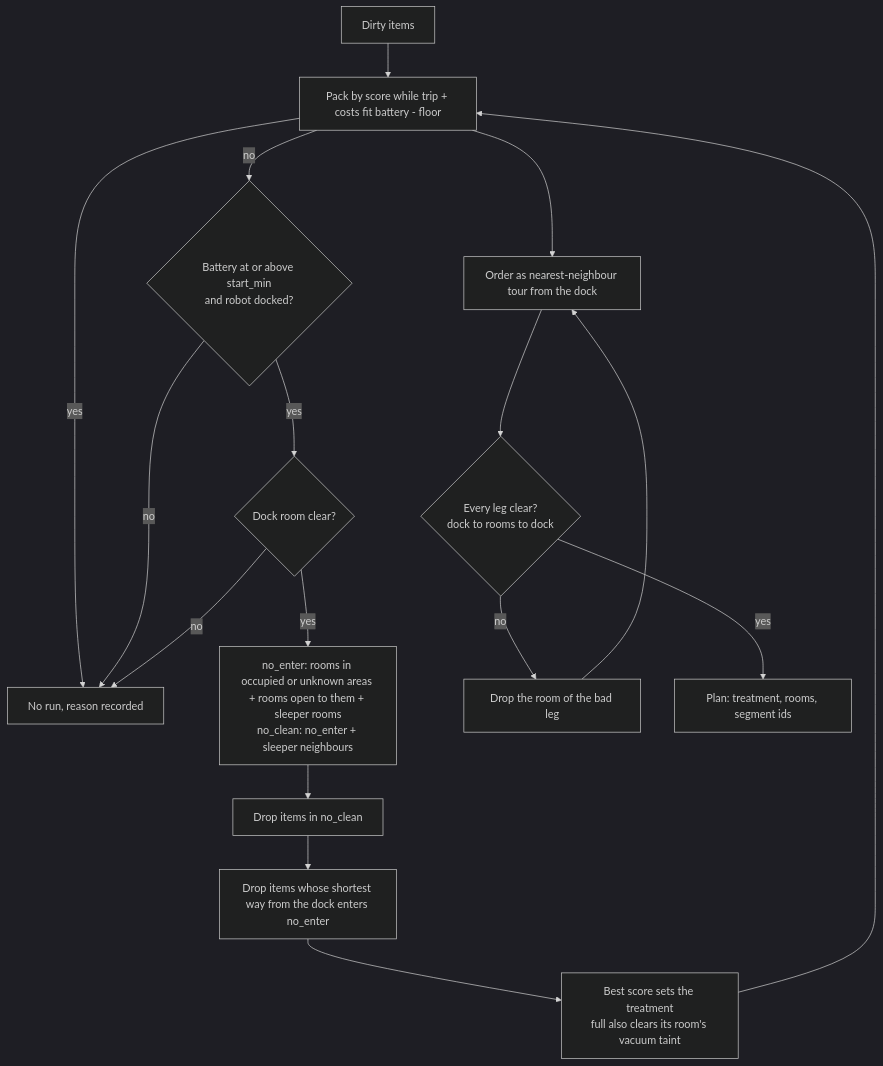
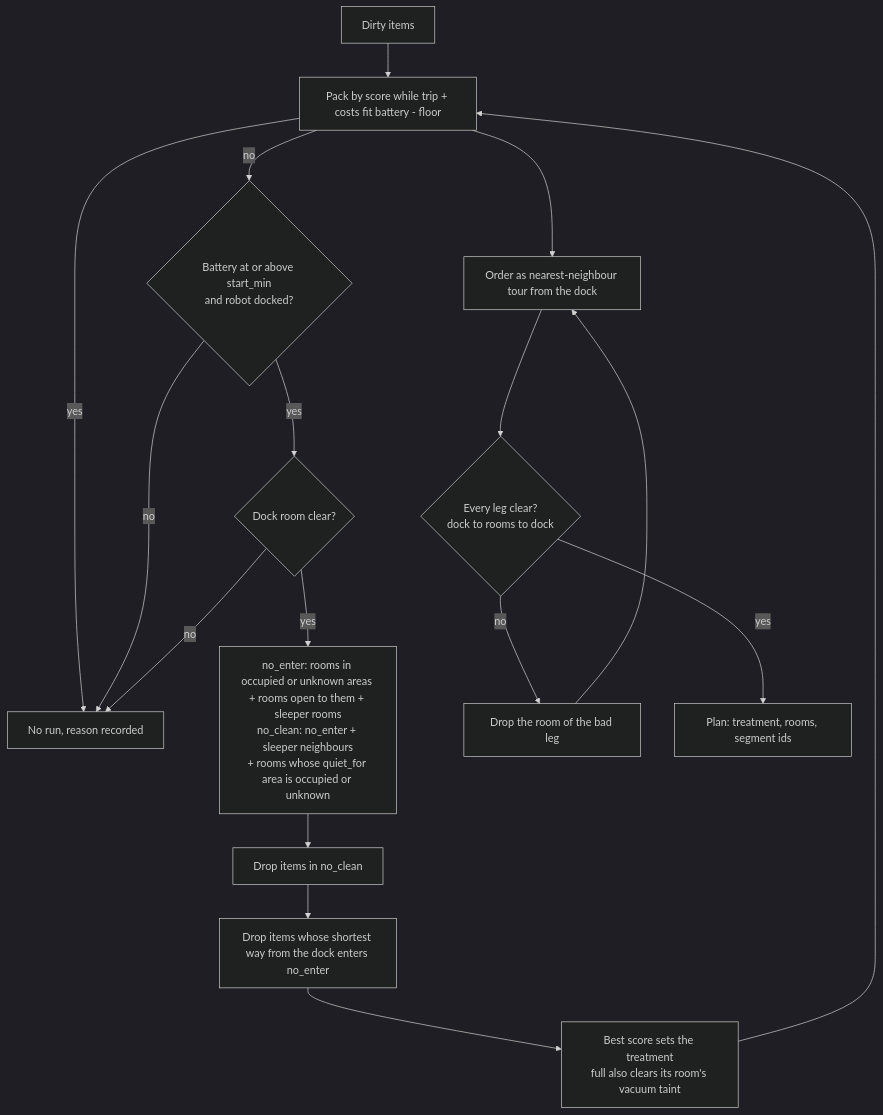
One commit to NickBorgers/home-automation changed the second of 8 diagrams in docs/flows/VACUUM.md. Above: the diagram before and after it, drawn with Mermaid (dark theme). The commit also changed other lines of this file and 10 other files, not shown here.

First line of the commit message:
Skip vacuum rooms within earshot of an occupied area (#1448)

````diff
--- a/docs/flows/VACUUM.md
+++ b/docs/flows/VACUUM.md
@@ -99,19 +105,19 @@
 ```mermaid
 flowchart TD
     A[Dirty items] --> H{A hold_while<br/>condition holds?}
     H -- yes --> X
     H -- no --> B{Battery at or above start_min<br/>and robot docked?}
     B -- no --> X[No run, reason recorded]
     B -- yes --> C{Dock room clear?}
     C -- no --> X
-    C -- yes --> D[no_enter: rooms in occupied or unknown areas + rooms open to them + sleeper rooms<br/>no_clean: no_enter + sleeper neighbours]
+    C -- yes --> D[no_enter: rooms in occupied or unknown areas + rooms open to them + sleeper rooms<br/>no_clean: no_enter + sleeper neighbours<br/>+ rooms whose quiet_for area is occupied or unknown]
     D --> E[Drop items in no_clean]
     E --> F[Drop items whose shortest way from the dock enters no_enter]
     F --> G[Best score sets the treatment<br/>full also clears its room's vacuum taint]
     G --> H[Pack by score while trip + costs fit battery - floor]
     H --> I[Order as nearest-neighbour tour from the dock]
     I --> J{Every leg clear?<br/>dock to rooms to dock}
     J -- no --> K[Drop the room of the bad leg]
     K --> I
     J -- yes --> L[Plan: treatment, rooms, segment ids]
 ```
````
